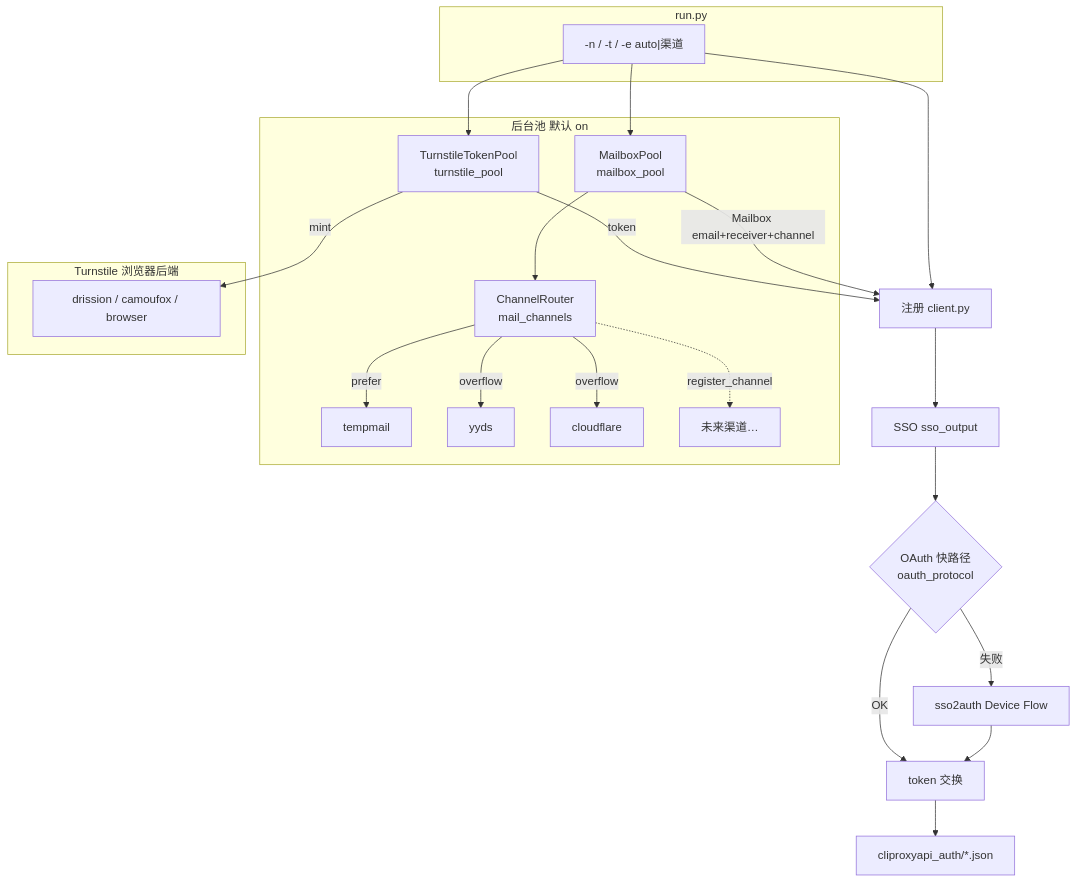
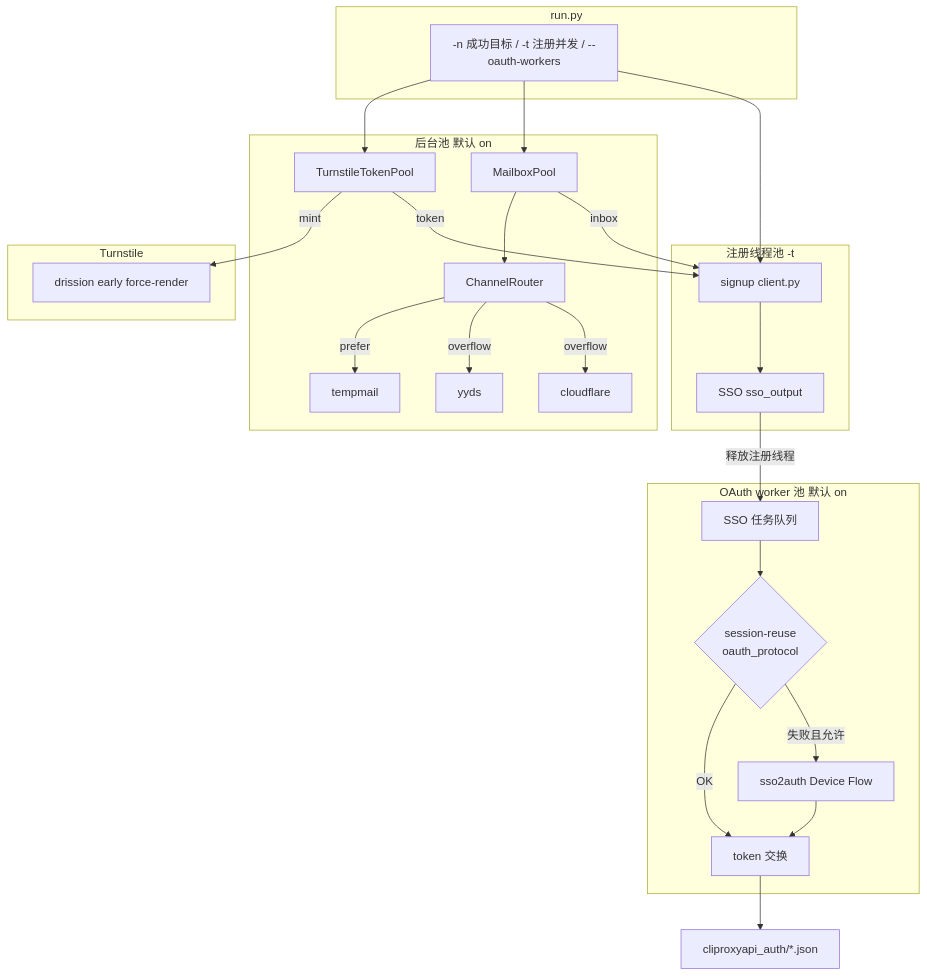
One commit to starlight02/grok-build-auth changed the diagram in README.md. Above: the diagram before and after it, drawn with Mermaid. The commit also changed other lines of this file and 9 other files, not shown here.

Commit message:
feat: pipeline oauth workers, early turnstile, and transport retries

````diff
--- a/README.md
+++ b/README.md
@@ -65,34 +69,46 @@
 ```mermaid
 flowchart TB
     subgraph entry [run.py]
-      A["-n / -t / -e auto|渠道"]
+      A["-n 成功目标 / -t 注册并发 / --oauth-workers"]
     end
 
     subgraph pools [后台池 默认 on]
-      TP[TurnstileTokenPool<br/>turnstile_pool]
-      MP[MailboxPool<br/>mailbox_pool]
-      R[ChannelRouter<br/>mail_channels]
+      TP[TurnstileTokenPool]
+      MP[MailboxPool]
+      R[ChannelRouter]
       MP --> R
       R -->|prefer| TM[tempmail]
       R -->|overflow| YY[yyds]
       R -->|overflow| CF[cloudflare]
-      R -.->|register_channel| X[未来渠道…]
     end
 
-    subgraph browser [Turnstile 浏览器后端]
-      S[drission / camoufox / browser]
+    subgraph reg [注册线程池 -t]
+      B[signup client.py]
+      C[SSO sso_output]
+    end
+
+    subgraph oauthp [OAuth worker 池 默认 on]
+      Q[SSO 任务队列]
+      D{session-reuse<br/>oauth_protocol}
+      F[sso2auth Device Flow]
+      E[token 交换]
+    end
+
+    subgraph browser [Turnstile]
+      S[drission early force-render]
     end
 
     A --> TP
     A --> MP
     TP -->|mint| S
-    A --> B[注册 client.py]
+    A --> B
     TP -->|token| B
-    MP -->|Mailbox email+receiver+channel| B
-    B --> C[SSO sso_output]
-    C --> D{OAuth 快路径<br/>oauth_protocol}
-    D -->|OK| E[token 交换]
-    D -->|失败| F[sso2auth Device Flow]
+    MP -->|inbox| B
+    B --> C
+    C -->|释放注册线程| Q
+    Q --> D
+    D -->|OK| E
+    D -->|失败且允许| F
     F --> E
     E --> G[cliproxyapi_auth/*.json]
 ```
````
